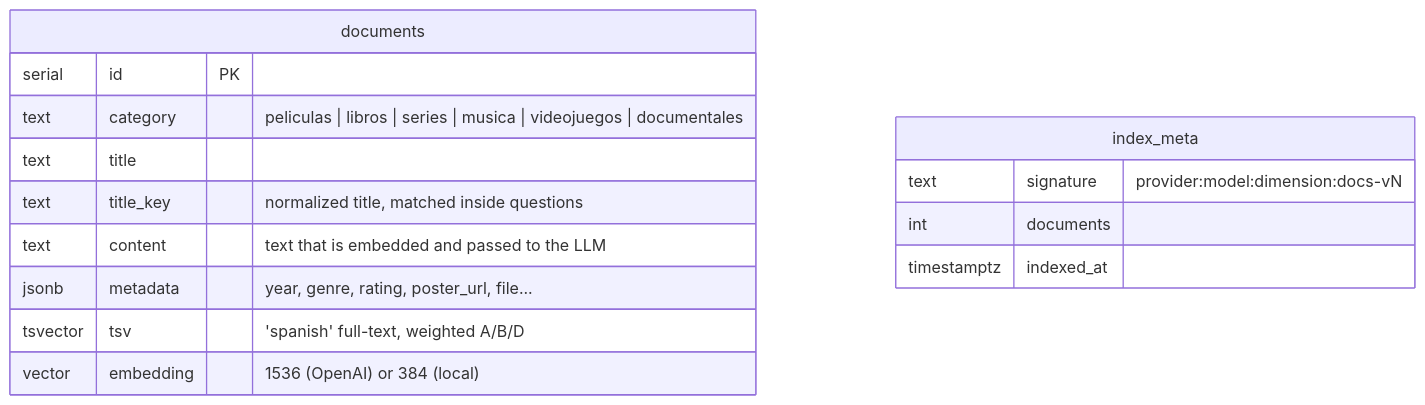
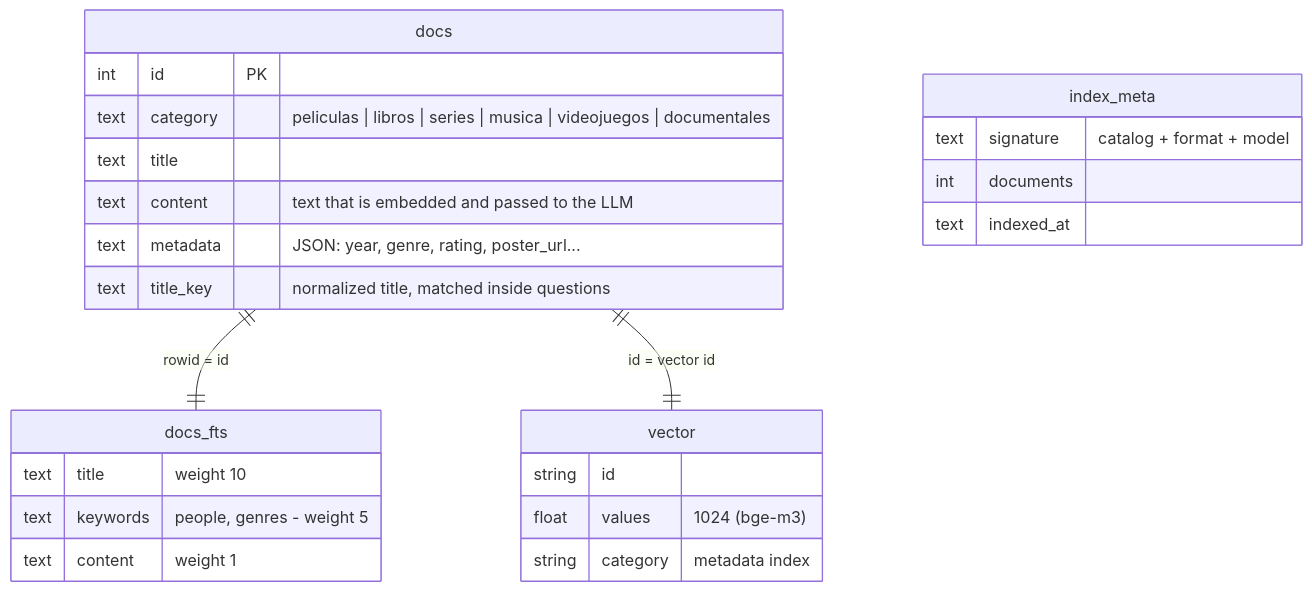
The fifth of 5 diagrams in doc/architecture.md (manu-gt-hub/rag_system), drawn with Mermaid before and after one commit. The commit also changed other lines of this file and 53 other files, not shown here.

````diff
--- a/doc/architecture.md
+++ b/doc/architecture.md
@@ -200,18 +194,28 @@
 ```mermaid
 erDiagram
-    documents {
-        serial id PK
+    docs ||--|| docs_fts : "rowid = id"
+    docs ||--|| vector : "id = vector id"
+    docs {
+        int id PK
         text category "peliculas | libros | series | musica | videojuegos | documentales"
         text title
+        text content "text that is embedded and passed to the LLM"
+        text metadata "JSON: year, genre, rating, poster_url..."
         text title_key "normalized title, matched inside questions"
-        text content "text that is embedded and passed to the LLM"
-        jsonb metadata "year, genre, rating, poster_url, file..."
-        tsvector tsv "'spanish' full-text, weighted A/B/D"
-        vector embedding "1536 (OpenAI) or 384 (local)"
+    }
+    docs_fts {
+        text title "weight 10"
+        text keywords "people, genres - weight 5"
+        text content "weight 1"
+    }
+    vector {
+        string id
+        float values "1024 (bge-m3)"
+        string category "metadata index"
     }
     index_meta {
-        text signature "provider:model:dimension:docs-vN"
+        text signature "catalog + format + model"
         int documents
-        timestamptz indexed_at
+        text indexed_at
     }
 ```
````
